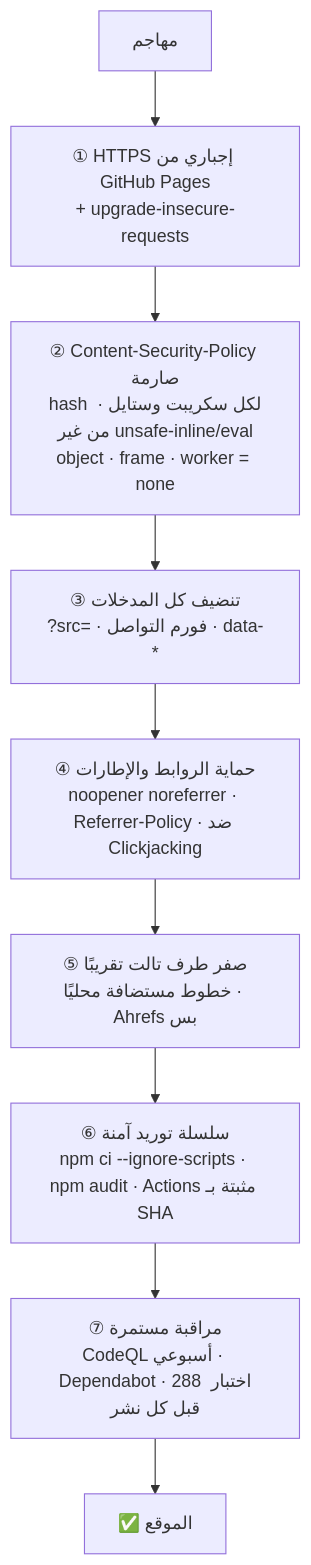
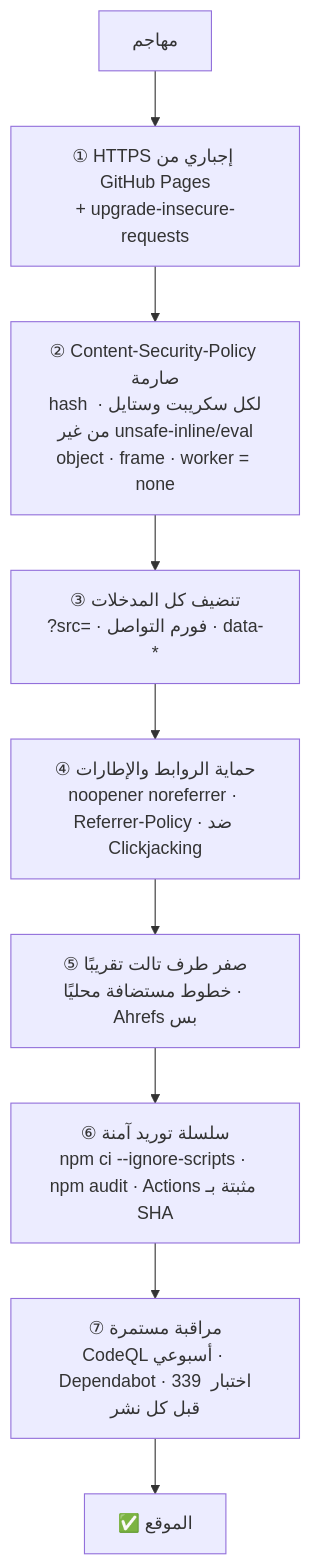
One commit to atad-tech/atad-tech.github.io changed the second of 2 diagrams in docs/SECURITY-MODEL.md. Above: the diagram before and after it, drawn with Mermaid. The commit also changed 19 other files, not shown here.

````diff
--- a/docs/SECURITY-MODEL.md
+++ b/docs/SECURITY-MODEL.md
@@ -38,11 +38,11 @@
 ```mermaid
 flowchart TD
     A["مهاجم"] --> L1
     L1["① HTTPS إجباري من GitHub Pages<br/>+ upgrade-insecure-requests"] --> L2
     L2["② Content-Security-Policy صارمة<br/>hash لكل سكريبت وستايل · من غير unsafe-inline/eval<br/>object · frame · worker = none"] --> L3
     L3["③ تنضيف كل المدخلات<br/>?src= · فورم التواصل · data-*"] --> L4
     L4["④ حماية الروابط والإطارات<br/>noopener noreferrer · Referrer-Policy · ضد Clickjacking"] --> L5
     L5["⑤ صفر طرف تالت تقريبًا<br/>خطوط مستضافة محليًا · Ahrefs بس"] --> L6
     L6["⑥ سلسلة توريد آمنة<br/>npm ci --ignore-scripts · npm audit · Actions مثبتة بـ SHA"] --> L7
-    L7["⑦ مراقبة مستمرة<br/>CodeQL أسبوعي · Dependabot · 288 اختبار قبل كل نشر"] --> OK["✅ الموقع"]
+    L7["⑦ مراقبة مستمرة<br/>CodeQL أسبوعي · Dependabot · 339 اختبار قبل كل نشر"] --> OK["✅ الموقع"]
 ```
````
